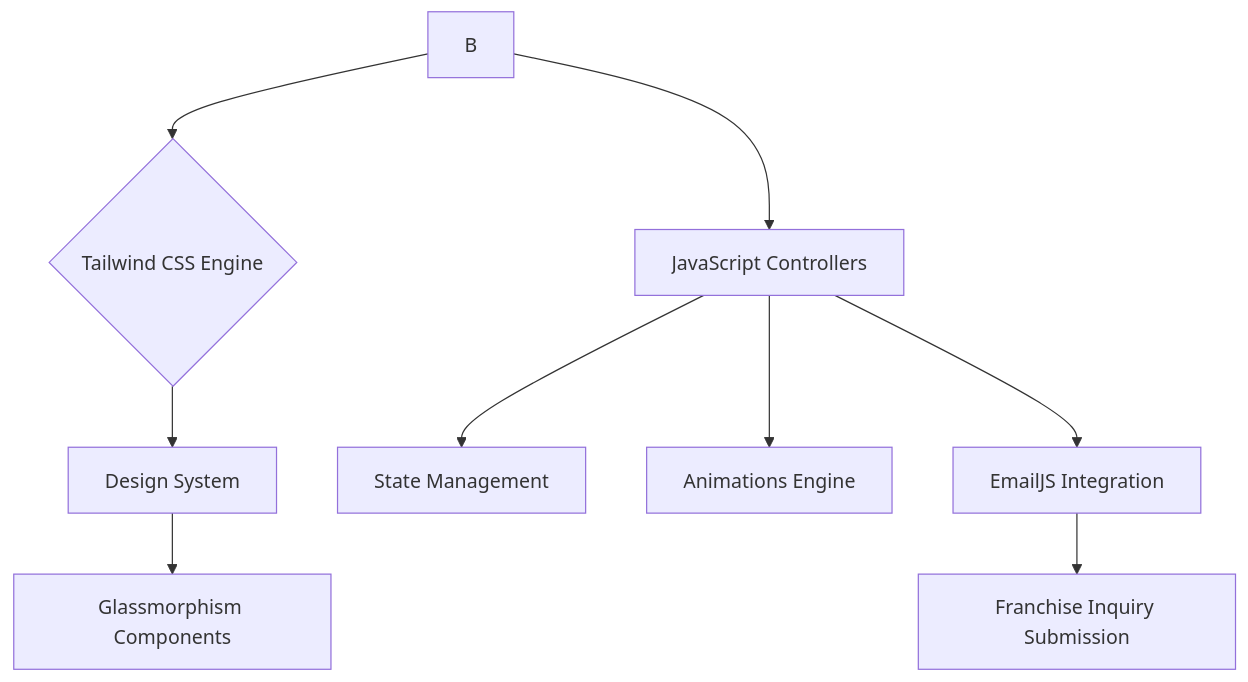
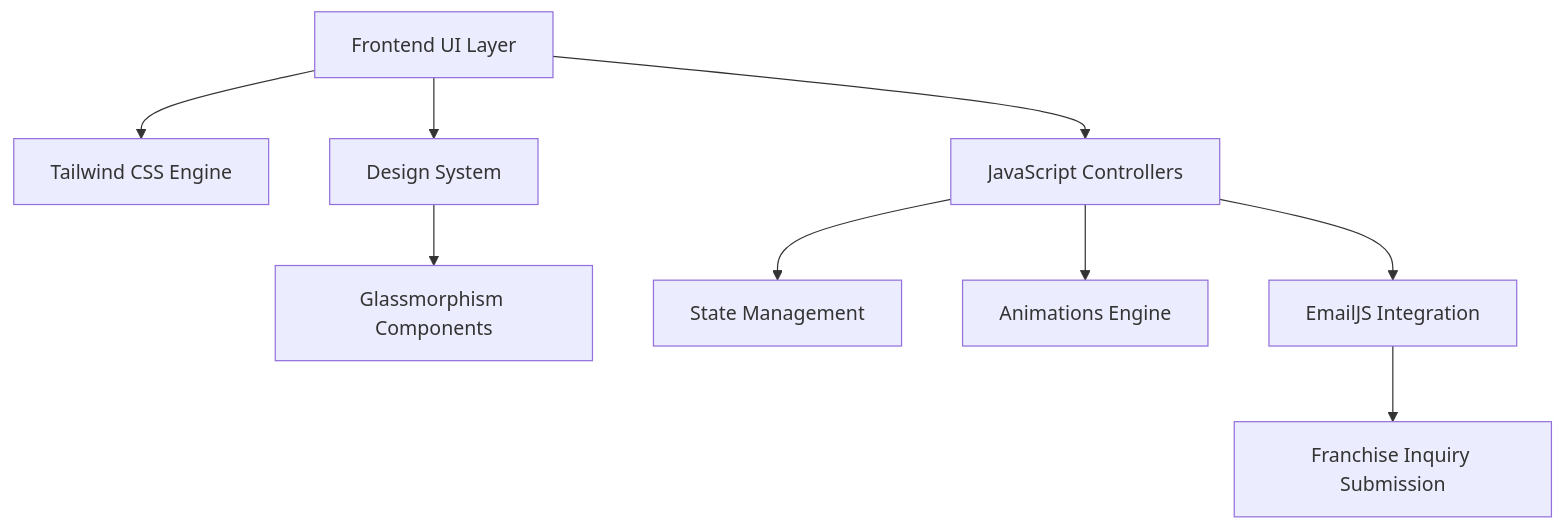
Before and after one commit to shauryadobhal/mudcupsfinal-portfolio: the diagram in README.md, drawn with Mermaid.

````diff
--- a/README.md
+++ b/README.md
@@ -36,13 +36,15 @@
 ```mermaid
 graph TD
-    B --> C{Tailwind CSS Engine}
-    C --> D[Design System]
+    B[Frontend UI Layer]
+
+    B --> C[Tailwind CSS Engine]
+    B --> D[Design System]
     D --> E[Glassmorphism Components]
 
     B --> F[JavaScript Controllers]
     F --> G[State Management]
     F --> H[Animations Engine]
     F --> I[EmailJS Integration]
 
     I --> J[Franchise Inquiry Submission]
 ```
````
